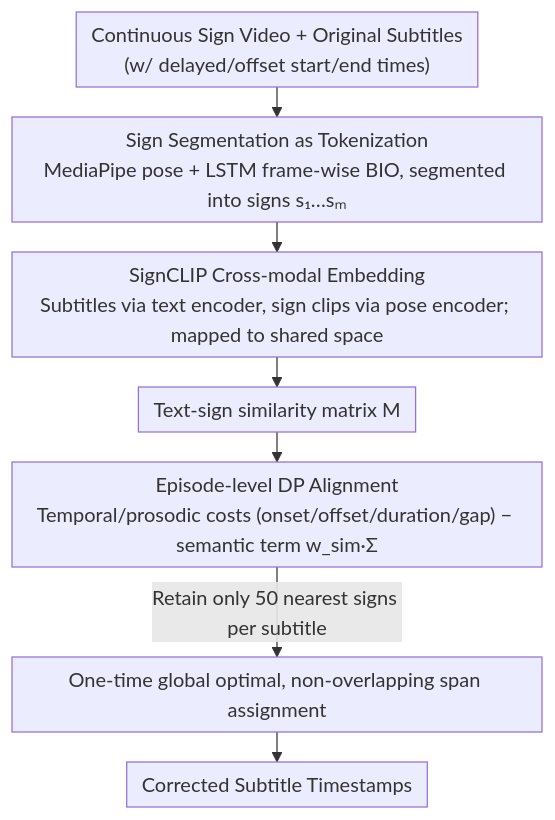
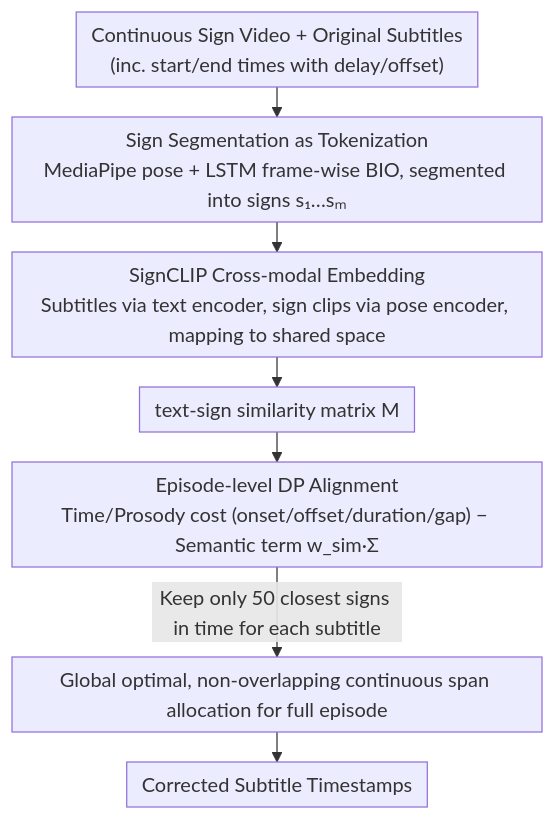
One commit to zhaoyang97/Paper-Notes-en changed the diagram in docs/ACL2026/multimodal_vlm/segment_embed_and_align_a_universal_recipe_for_aligning_subtitles_to_signing.md. Above: the diagram before and after it, drawn with Mermaid. The commit also changed other lines of this file and 5084 other files, not shown here.

````diff
--- a/docs/ACL2026/multimodal_vlm/segment_embed_and_align_a_universal_recipe_for_aligning_subtitles_to_signing.md
+++ b/docs/ACL2026/multimodal_vlm/segment_embed_and_align_a_universal_recipe_for_aligning_subtitles_to_signing.md
@@ -44,10 +44,10 @@
 ```mermaid
 %%{init: {'flowchart': {'rankSpacing': 24, 'nodeSpacing': 28, 'padding': 6, 'wrappingWidth': 400}}}%%
 flowchart TD
-    A["Continuous Sign Video + Original Subtitles<br/>(w/ delayed/offset start/end times)"] --> B["Sign Segmentation as Tokenization<br/>MediaPipe pose + LSTM frame-wise BIO, segmented into signs s₁…sₘ"]
-    B --> C["SignCLIP Cross-modal Embedding<br/>Subtitles via text encoder, sign clips via pose encoder; mapped to shared space"]
-    C --> D["Text-sign similarity matrix M"]
-    D --> E["Episode-level DP Alignment<br/>Temporal/prosodic costs (onset/offset/duration/gap) − semantic term w_sim·Σ"]
-    E -->|Retain only 50 nearest signs per subtitle| F["One-time global optimal, non-overlapping span assignment"]
+    A["Continuous Sign Video + Original Subtitles<br/>(inc. start/end times with delay/offset)"] --> B["Sign Segmentation as Tokenization<br/>MediaPipe pose + LSTM frame-wise BIO, segmented into signs s₁…sₘ"]
+    B --> C["SignCLIP Cross-modal Embedding<br/>Subtitles via text encoder, sign clips via pose encoder, mapping to shared space"]
+    C --> D["text-sign similarity matrix M"]
+    D --> E["Episode-level DP Alignment<br/>Time/Prosody cost (onset/offset/duration/gap) − Semantic term w_sim·Σ"]
+    E -->|Keep only 50 closest signs in time for each subtitle| F["Global optimal, non-overlapping continuous span allocation for full episode"]
     F --> G["Corrected Subtitle Timestamps"]
 ```
````
